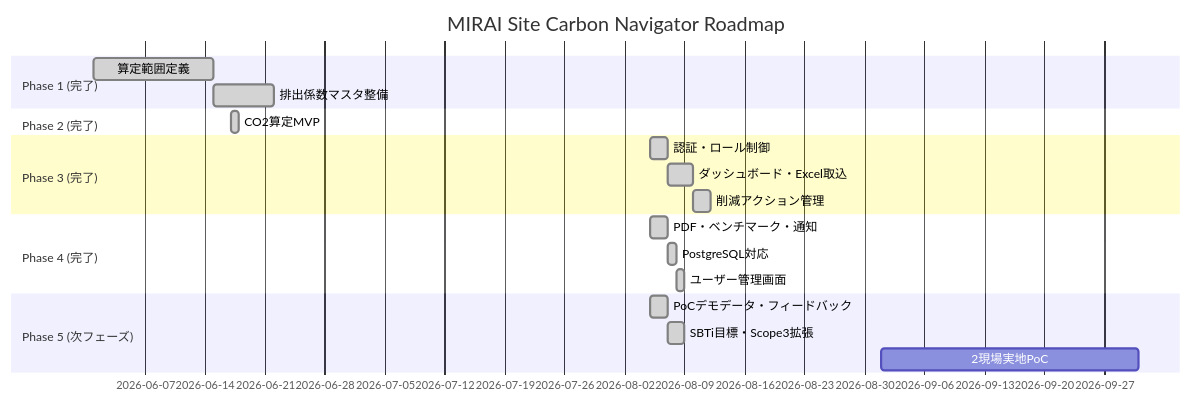
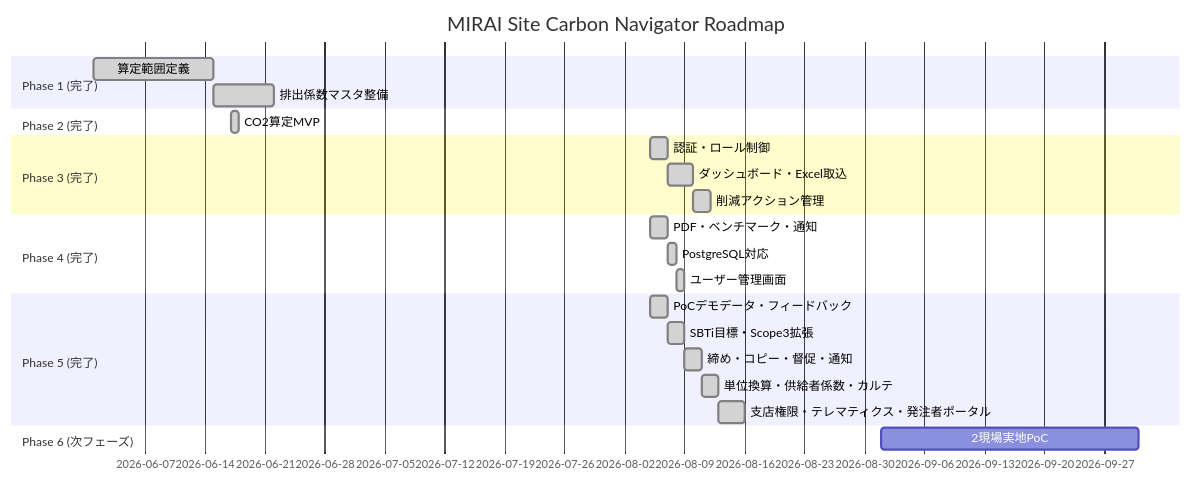
One commit to Kensan196948G/MIRAI_Site_Carbon_Navigator changed the second of 2 diagrams in README.md. Above: the diagram before and after it, drawn with Mermaid. The commit also changed other lines of this file and 27 other files, not shown here.

Commit message:
feat: TOP10実装(締めロック/前月コピー/督促/外部通知/全量エクスポート/コメント/単位換算/供給者係数/工事カルテ/支店権限/テレマティクス/発注者ポータル) 136テスト通過

````diff
--- a/README.md
+++ b/README.md
@@ -215,22 +243,26 @@
 ```mermaid
 gantt
   title MIRAI Site Carbon Navigator Roadmap
   dateFormat YYYY-MM-DD
   section Phase 1 (完了)
   算定範囲定義             :done, a1, 2026-06-01, 14d
   排出係数マスタ整備       :done, a2, after a1, 7d
   section Phase 2 (完了)
   CO2算定MVP              :done, b1, 2026-06-17, 1d
   section Phase 3 (完了)
   認証・ロール制御         :done, c1, 2026-08-05, 2d
   ダッシュボード・Excel取込 :done, c2, after c1, 3d
   削減アクション管理       :done, c3, after c2, 2d
   section Phase 4 (完了)
   PDF・ベンチマーク・通知   :done, d1, 2026-08-05, 2d
   PostgreSQL対応           :done, d2, after d1, 1d
   ユーザー管理画面          :done, d3, after d2, 1d
-  section Phase 5 (次フェーズ)
+  section Phase 5 (完了)
   PoCデモデータ・フィードバック :done, e1, 2026-08-05, 2d
   SBTi目標・Scope3拡張        :done, e2, after e1, 2d
-  2現場実地PoC                :e3, 2026-09-01, 30d
+  締め・コピー・督促・通知     :done, e3, after e2, 2d
+  単位換算・供給者係数・カルテ :done, e4, after e3, 2d
+  支店権限・テレマティクス・発注者ポータル :done, e5, after e4, 3d
+  section Phase 6 (次フェーズ)
+  2現場実地PoC                :e6, 2026-09-01, 30d
 ```
````
